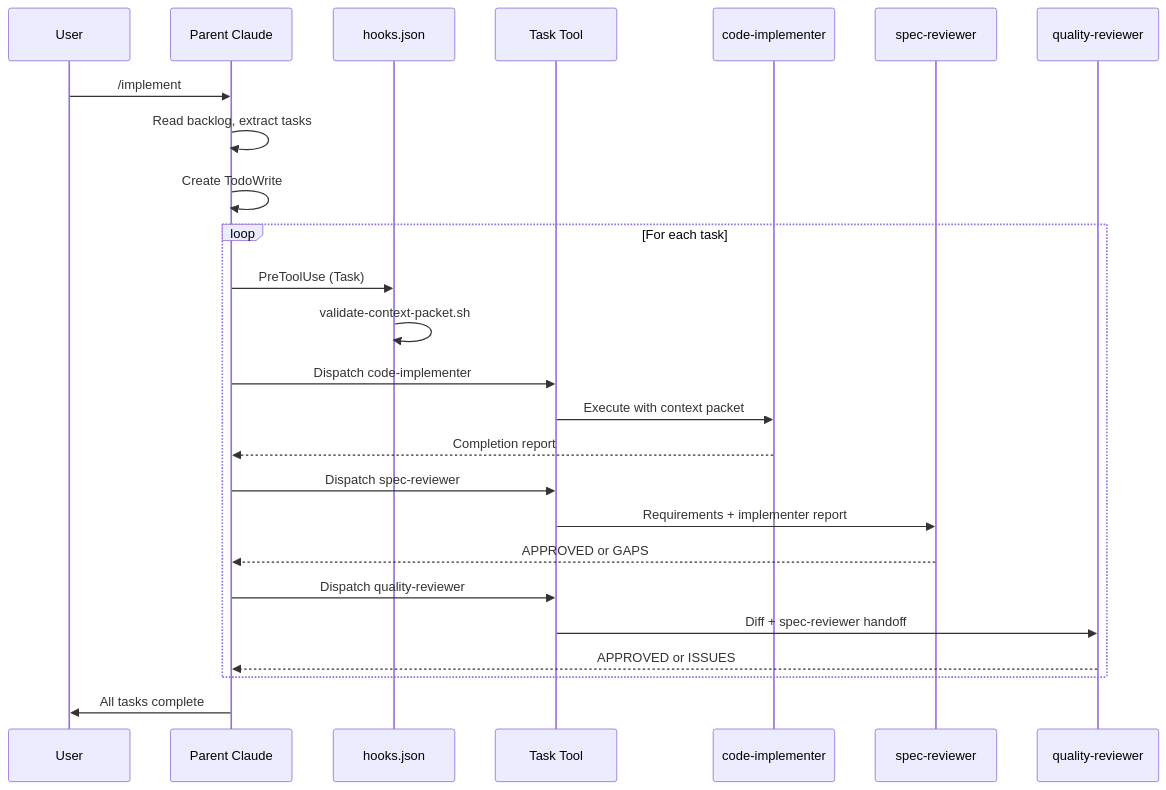
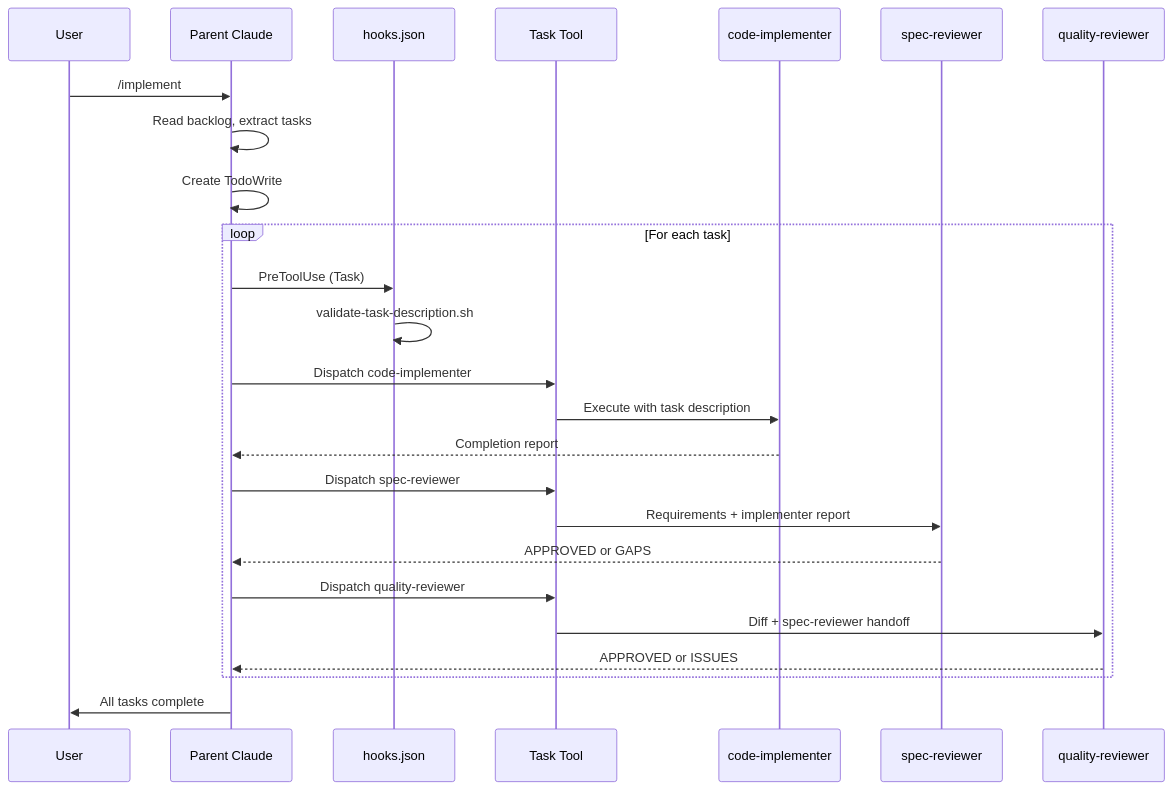
The sixth of 9 diagrams in docs/workflow-guides/intermediate-pattern.md (petersontylerd/cc-workflow-ecosystem), drawn with Mermaid before and after one commit. The commit also changed other lines of this file and 15 other files, not shown here.

First line of the commit message:
docs: rename context packet to task description, make guides self-contained

````diff
--- a/docs/workflow-guides/intermediate-pattern.md
+++ b/docs/workflow-guides/intermediate-pattern.md
@@ -41,32 +391,32 @@
 ```mermaid
 sequenceDiagram
     participant User
     participant Orchestrator as Parent Claude
     participant Hook as hooks.json
     participant Task as Task Tool
     participant Impl as code-implementer
     participant Spec as spec-reviewer
     participant Quality as quality-reviewer
 
     User->>Orchestrator: /implement
     Orchestrator->>Orchestrator: Read backlog, extract tasks
     Orchestrator->>Orchestrator: Create TodoWrite
 
     loop For each task
         Orchestrator->>Hook: PreToolUse (Task)
-        Hook->>Hook: validate-context-packet.sh
+        Hook->>Hook: validate-task-description.sh
         Orchestrator->>Task: Dispatch code-implementer
-        Task->>Impl: Execute with context packet
+        Task->>Impl: Execute with task description
         Impl-->>Orchestrator: Completion report
 
         Orchestrator->>Task: Dispatch spec-reviewer
         Task->>Spec: Requirements + implementer report
         Spec-->>Orchestrator: APPROVED or GAPS
 
         Orchestrator->>Task: Dispatch quality-reviewer
         Task->>Quality: Diff + spec-reviewer handoff
         Quality-->>Orchestrator: APPROVED or ISSUES
     end
 
     Orchestrator->>User: All tasks complete
 ```
````
